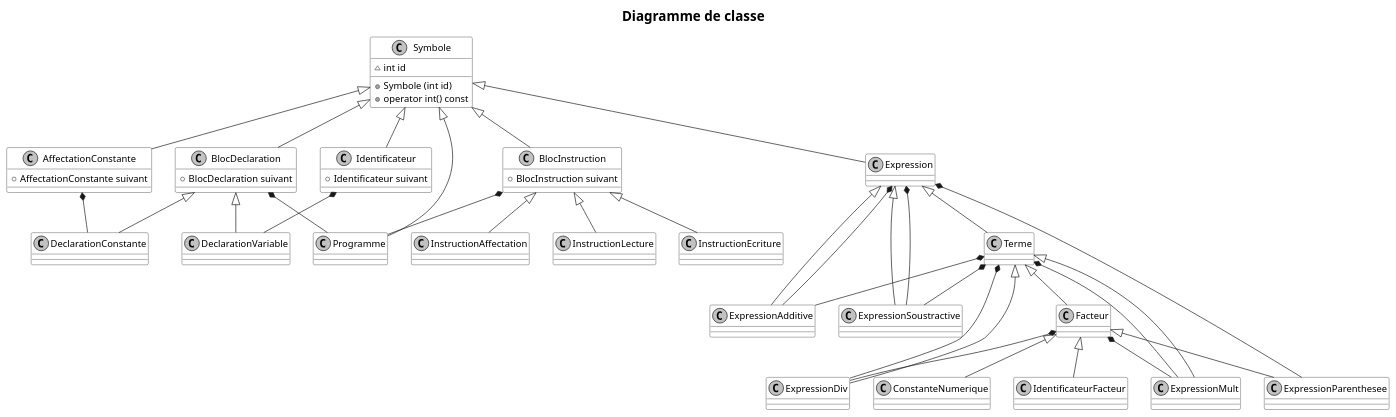
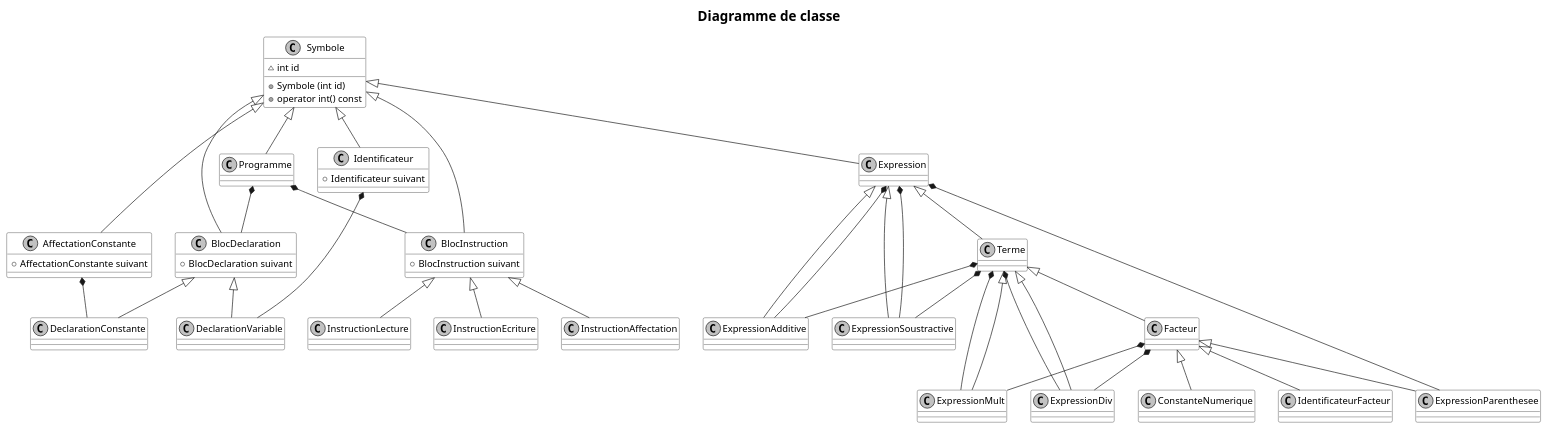
One commit to 0xnome/lutin changed the diagram in doc/classes.puml. Above: the diagram before and after it, drawn with PlantUML. The commit also changed 8 other files, not shown here.

```diff
--- a/doc/classes.puml
+++ b/doc/classes.puml
@@ -1,90 +1,92 @@
 @startuml
 skinparam monochrome true
 skinparam shadowing false
 skinparam TitleFontSize 20
 skinparam sequenceTitleFontSize 20
 skinparam sequenceTitleFontStyle plain
 
 skinparam class {
 	BackgroundColor white
 	BackgroundColor<<Warning>> lightblue
 }
 
 title Diagramme de classe
 
 class Symbole{
 	~int id
 	+Symbole (int id)
 	+operator int() const
 }
 class AffectationConstante{
 	+AffectationConstante suivant
 }
 class Identificateur{
 	+Identificateur suivant
 }
 class IdentificateurFacteur
 class BlocDeclaration {
     +BlocDeclaration suivant
 }
 class DeclarationVariable
 class DeclarationConstante
 class Programme
 class BlocInstruction {
     +BlocInstruction suivant
 }
 class InstructionLecture
 class InstructionEcriture
 class InstructionAffectation
 class Expression
 class ExpressionAdditive
 class ExpressionSoustractive
 class Terme
 class ExpressionMult
 class ExpressionDiv
 class Facteur
 class ExpressionParenthesee
 class ConstanteNumerique
 
 Symbole <|-- Programme
 Symbole <|-- BlocDeclaration
 Symbole <|-- BlocInstruction
 Symbole <|-- AffectationConstante
 Symbole <|-- Identificateur
 Symbole <|-- Expression
 
-BlocDeclaration *-- Programme
+Programme *-- BlocDeclaration
+Programme *-- BlocInstruction
+
 BlocDeclaration <|-- DeclarationVariable
 BlocDeclaration <|-- DeclarationConstante
 
 Identificateur *-- DeclarationVariable
 
 AffectationConstante *-- DeclarationConstante
 
-BlocInstruction *-- Programme
+
 BlocInstruction <|-- InstructionLecture
 BlocInstruction <|-- InstructionEcriture
 BlocInstruction <|-- InstructionAffectation
 
 Expression <|-- ExpressionAdditive
 Expression *-- ExpressionAdditive
 Expression <|-- ExpressionSoustractive
 Expression *-- ExpressionSoustractive
 Expression <|-- Terme
 Expression *-- ExpressionParenthesee
 
 Terme *-- ExpressionAdditive
 Terme *-- ExpressionSoustractive
 Terme *-- ExpressionMult
 Terme <|-- ExpressionMult
 Terme *-- ExpressionDiv
 Terme <|-- ExpressionDiv
 Terme <|-- Facteur
 
 Facteur <|-- ExpressionParenthesee
 Facteur *-- ExpressionMult
 Facteur *-- ExpressionDiv
 Facteur <|-- ConstanteNumerique
 Facteur <|-- IdentificateurFacteur
 
 @enduml
```
